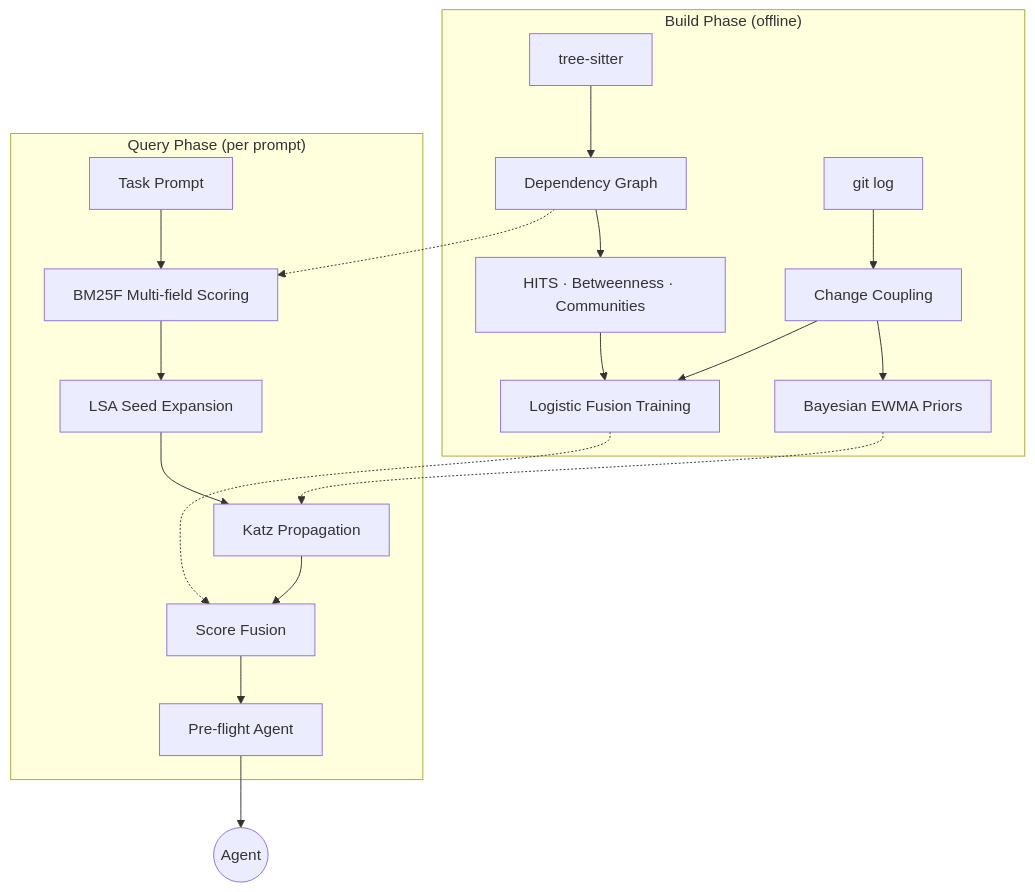
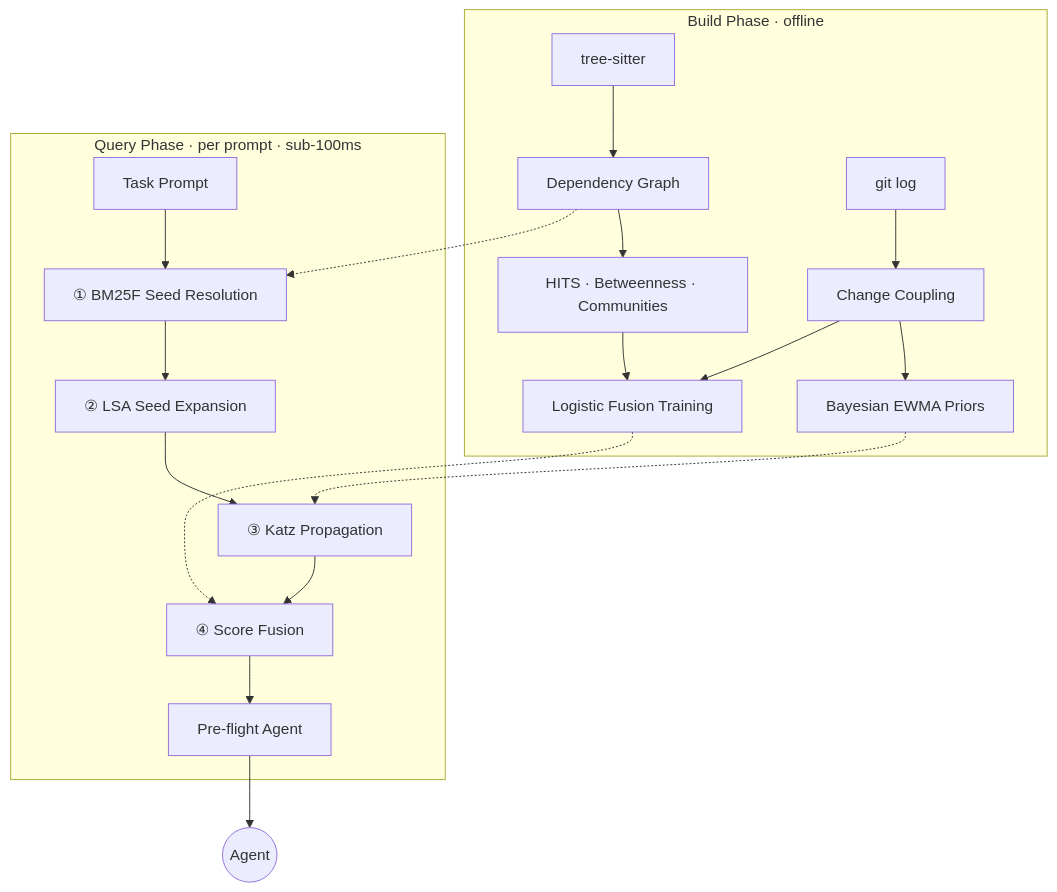
The diagram in README.md (michaelabrt/clarte), drawn with Mermaid before and after one commit. The commit also changed other lines of this file, not shown here.

First line of the commit message:
docs: add architecture and engine documentation

````diff
--- a/README.md
+++ b/README.md
@@ -76,23 +82,23 @@
 ```mermaid
 graph TD
-    subgraph offline ["Build Phase (offline)"]
+    subgraph offline ["Build Phase · offline"]
         A[tree-sitter] --> B[Dependency Graph]
         C[git log] --> D[Change Coupling]
         B --> E["HITS · Betweenness · Communities"]
         D --> F[Bayesian EWMA Priors]
         E & D --> G[Logistic Fusion Training]
     end
 
-    subgraph prompt ["Query Phase (per prompt)"]
-        H[Task Prompt] --> I["BM25F Multi-field Scoring"]
-        I --> J[LSA Seed Expansion]
-        J --> K[Katz Propagation]
-        K --> L[Score Fusion]
+    subgraph prompt ["Query Phase · per prompt · sub-100ms"]
+        H[Task Prompt] --> I["① BM25F Seed Resolution"]
+        I --> J["② LSA Seed Expansion"]
+        J --> K["③ Katz Propagation"]
+        K --> L["④ Score Fusion"]
         L --> M[Pre-flight Agent]
     end
 
     B -.-> I
     G -.-> L
     F -.-> K
     M --> N((Agent))
 ```
````
